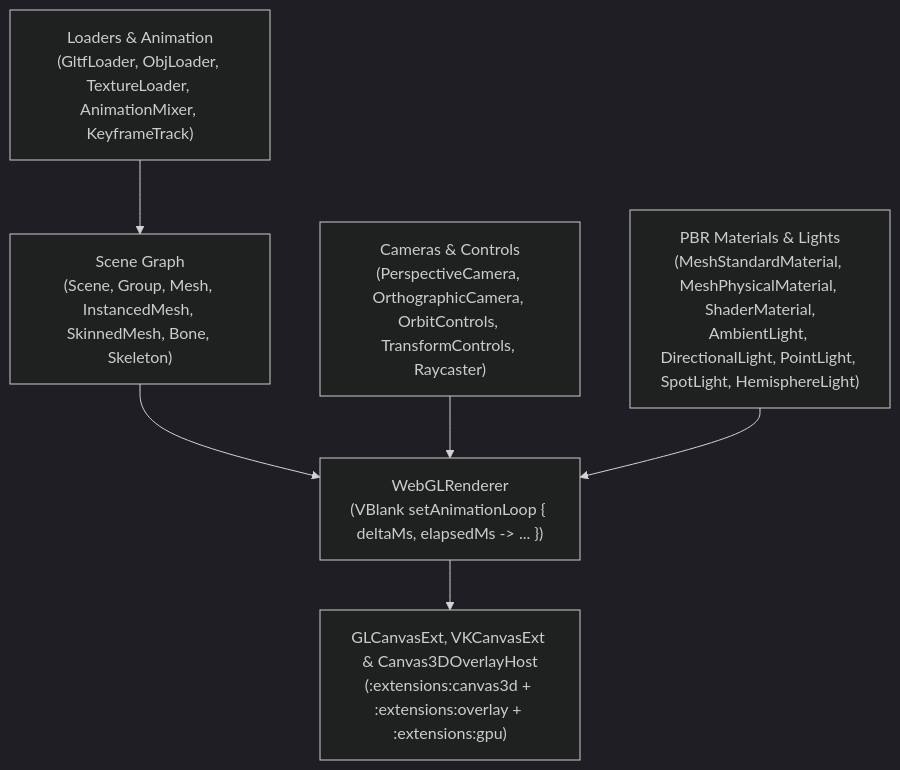
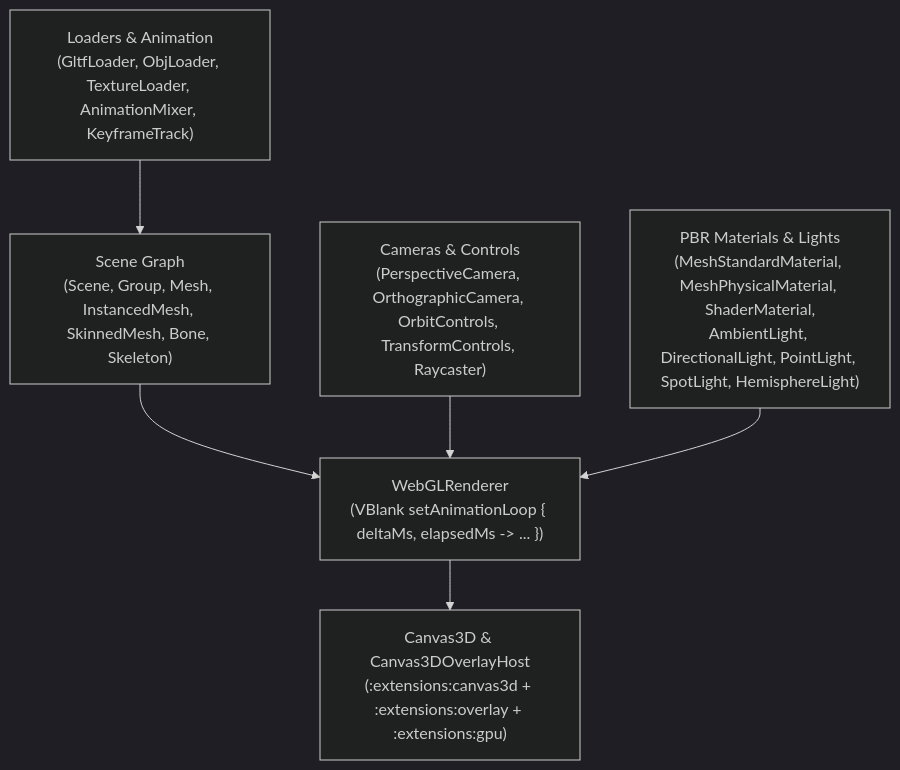
One commit to GenericUI/Extensions changed the diagram in docs/threejs.md. Above: the diagram before and after it, drawn with Mermaid (dark theme). The commit also changed other lines of this file and 242 other files, not shown here.

````diff
--- a/docs/threejs.md
+++ b/docs/threejs.md
@@ -11,15 +11,15 @@
 ```mermaid
 flowchart TD
     SceneGraph["Scene Graph<br/>(Scene, Group, Mesh, InstancedMesh, SkinnedMesh, Bone, Skeleton)"]
     CamerasAndControls["Cameras & Controls<br/>(PerspectiveCamera, OrthographicCamera, OrbitControls, TransformControls, Raycaster)"]
     MaterialsAndLights["PBR Materials & Lights<br/>(MeshStandardMaterial, MeshPhysicalMaterial, ShaderMaterial,<br/>AmbientLight, DirectionalLight, PointLight, SpotLight, HemisphereLight)"]
     LoadersAndAnim["Loaders & Animation<br/>(GltfLoader, ObjLoader, TextureLoader, AnimationMixer, KeyframeTrack)"]
     Renderer["WebGLRenderer<br/>(VBlank setAnimationLoop { deltaMs, elapsedMs -> ... })"]
-    Canvases["GLCanvasExt, VKCanvasExt & Canvas3DOverlayHost<br/>(:extensions:canvas3d + :extensions:overlay + :extensions:gpu)"]
+    Canvases["Canvas3D & Canvas3DOverlayHost<br/>(:extensions:canvas3d + :extensions:overlay + :extensions:gpu)"]
 
     SceneGraph --> Renderer
     CamerasAndControls --> Renderer
     MaterialsAndLights --> Renderer
     LoadersAndAnim --> SceneGraph
     Renderer --> Canvases
 ```
````
